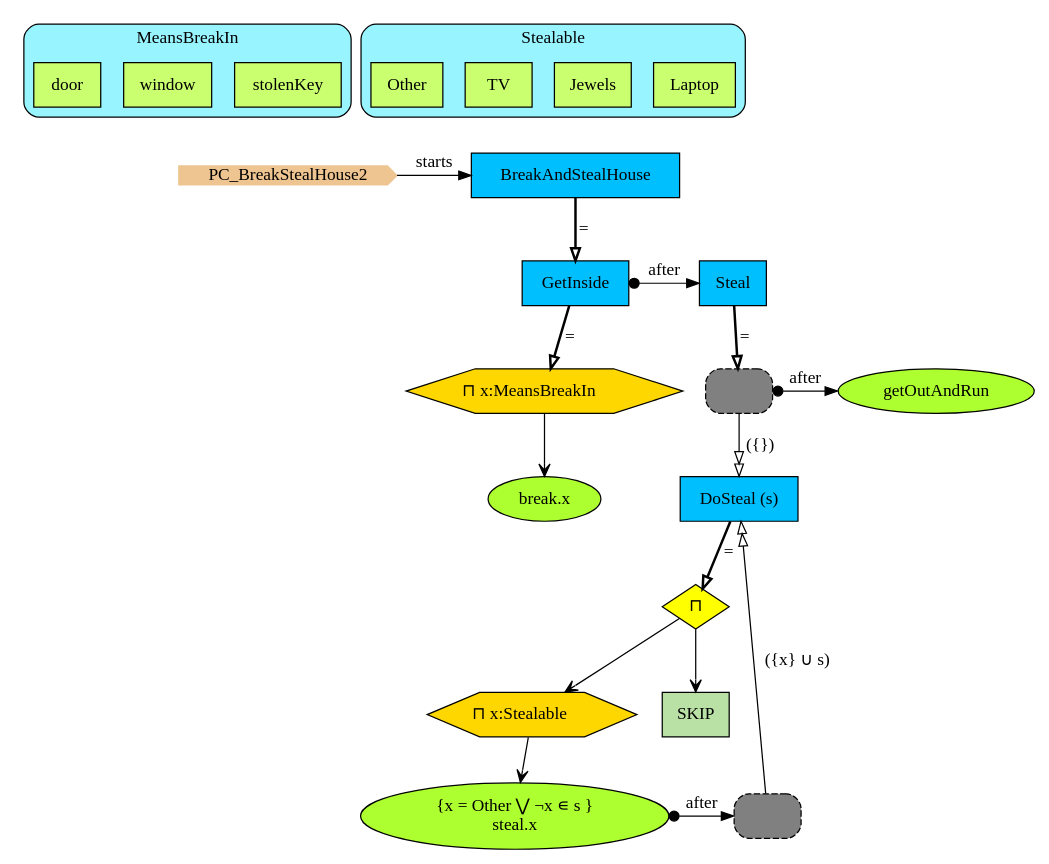
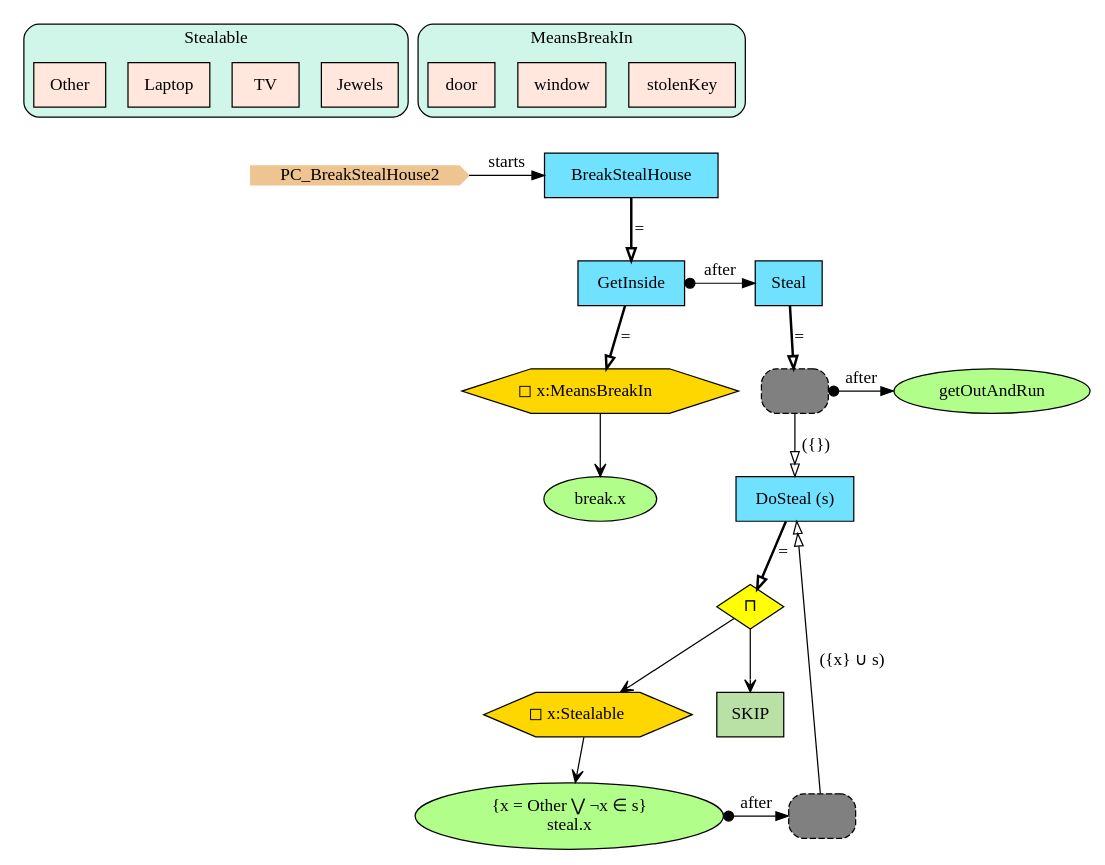
Before and after one commit to namalio/Fragmenta: the diagram in Haskell/PCs/Examples/img/PC_BreakStealHouse2.gv, drawn with Graphviz. The commit also changed 70 other files, not shown here.

```diff
--- a/Haskell/PCs/Examples/img/PC_BreakStealHouse2.gv
+++ b/Haskell/PCs/Examples/img/PC_BreakStealHouse2.gv
@@ -1,59 +1,59 @@
 digraph {
+subgraph cluster_Stealable {
+style="filled,rounded";
+label =Stealable;
+fillcolor = "#D0F5E9";
+Jewels[shape=box,fillcolor="#FFE7DD",style="filled",label="Jewels"];
+TV[shape=box,fillcolor="#FFE7DD",style="filled",label="TV"];
+Laptop[shape=box,fillcolor="#FFE7DD",style="filled",label="Laptop"];
+Other[shape=box,fillcolor="#FFE7DD",style="filled",label="Other"];
+}
+
 subgraph cluster_MeansBreakIn {
 style="filled,rounded";
 label =MeansBreakIn;
-fillcolor = cadetblue1;
-stolenKey[shape=box,fillcolor=darkolivegreen1,style="filled",label="stolenKey"];
-window[shape=box,fillcolor=darkolivegreen1,style="filled",label="window"];
-door[shape=box,fillcolor=darkolivegreen1,style="filled",label="door"];
-}
-
-subgraph cluster_Stealable {
-style="filled,rounded";
-label =Stealable;
-fillcolor = cadetblue1;
-Laptop[shape=box,fillcolor=darkolivegreen1,style="filled",label="Laptop"];
-Jewels[shape=box,fillcolor=darkolivegreen1,style="filled",label="Jewels"];
-TV[shape=box,fillcolor=darkolivegreen1,style="filled",label="TV"];
-Other[shape=box,fillcolor=darkolivegreen1,style="filled",label="Other"];
+fillcolor = "#D0F5E9";
+stolenKey[shape=box,fillcolor="#FFE7DD",style="filled",label="stolenKey"];
+window[shape=box,fillcolor="#FFE7DD",style="filled",label="window"];
+door[shape=box,fillcolor="#FFE7DD",style="filled",label="door"];
 }
 
 
-stolenKey->StartN_[style=invis]
+Jewels->StartN_[style=invis]
 StartN_ [shape = cds,color=burlywood2,style=filled,height=.2,width=.2, label =PC_BreakStealHouse2];
 
-BreakAndStealHouse [shape=box,fillcolor=deepskyblue,style = filled,label="BreakAndStealHouse"];
-QOpGetInside [shape=hexagon,fillcolor=gold1,style=filled,label=<⊓ x:MeansBreakIn>];
-RefDoSteal [shape=rectangle,fillcolor=gray,style="rounded,filled,dashed",label=""];
-DoSteal [shape=box,fillcolor=deepskyblue,style = filled,label="DoSteal (s)"];
-StealO [shape=hexagon,fillcolor=gold1,style=filled,label=<⊓ x:Stealable>];
-SKIP [shape=box,fillcolor="#B9E0A5",style = filled,label="SKIP"];
-getOutAndRun [shape=ellipse,fillcolor=greenyellow,style=filled,label="getOutAndRun"];
-RefDoSteal2 [shape=rectangle,fillcolor=gray,style="rounded,filled,dashed",label=""];
-steal [shape=ellipse,fillcolor=greenyellow,style=filled,label=" {x = Other ⋁ ¬x ∊ s }
+break [shape=ellipse,fillcolor="#B1FF8A",style=filled,label="break.x"];
+GetInside [shape=box,fillcolor="#70E2FF",style = filled,label="GetInside"];
+Q179f9f90 [shape=hexagon,fillcolor=gold1,style=filled,label=<◻︎ x:MeansBreakIn>];
+getOutAndRun [shape=ellipse,fillcolor="#B1FF8A",style=filled,label="getOutAndRun"];
+Op2025402 [shape=diamond,fillcolor=yellow,style=filled,label="⊓"];
+Q7fb2fde3 [shape=hexagon,fillcolor=gold1,style=filled,label=<◻︎ x:Stealable>];
+RefDoSteal1ae75c8e [shape=rectangle,fillcolor=gray,style="rounded,filled,dashed",label=""];
+steal [shape=ellipse,fillcolor="#B1FF8A",style=filled,label=" {x = Other ⋁ ¬x ∈ s}
 steal.x"];
-OpSteal [shape=diamond,fillcolor=yellow,style=filled,label="⊓"];
-Steal [shape=box,fillcolor=deepskyblue,style = filled,label="Steal"];
-break [shape=ellipse,fillcolor=greenyellow,style=filled,label="break.x"];
-GetInside [shape=box,fillcolor=deepskyblue,style = filled,label="GetInside"];
+Skip224ac885 [shape=box,fillcolor="#B9E0A5",style = filled,label="SKIP"];
+DoSteal [shape=box,fillcolor="#70E2FF",style = filled,label="DoSteal (s)"];
+RefDoSteal23f22146 [shape=rectangle,fillcolor=gray,style="rounded,filled,dashed",label=""];
+Steal [shape=box,fillcolor="#70E2FF",style = filled,label="Steal"];
+BreakStealHouse [shape=box,fillcolor="#70E2FF",style = filled,label="BreakStealHouse"];
 
+{rank=same;getOutAndRun,RefDoSteal23f22146}
 {rank=same;Steal,GetInside}
-{rank=same;getOutAndRun,RefDoSteal}
-{rank=same;RefDoSteal2,steal}
-{rank=same;BreakAndStealHouse,StartN_}
+{rank=same;RefDoSteal1ae75c8e,steal}
+{rank=same;BreakStealHouse,StartN_}
 
-RefDoSteal2->DoSteal[arrowhead="normalnormal",fillcolor=white,label=" ({x} ∪ s)"];
-OpSteal->SKIP[arrowhead="open"];
-StealO->steal[arrowhead="open"];
-RefDoSteal->DoSteal[arrowhead="normalnormal",fillcolor=white,label=" ({})"];
-QOpGetInside->break[arrowhead="open"];
+RefDoSteal1ae75c8e->DoSteal[arrowhead="normalnormal",fillcolor=white,label=" ({x} ∪ s)"];
+Q7fb2fde3->steal[arrowhead="open"];
+Op2025402->Skip224ac885[arrowhead="open"];
+RefDoSteal23f22146->getOutAndRun[arrowtail=dot,dir=both,label="after"];
 GetInside->Steal[arrowtail=dot,dir=both,label="after"];
-RefDoSteal->getOutAndRun[arrowtail=dot,dir=both,label="after"];
-OpSteal->StealO[arrowhead="open"];
-steal->RefDoSteal2[arrowtail=dot,dir=both,label="after"];
-BreakAndStealHouse->GetInside[arrowhead="onormal",penwidth=2,label="="];
-DoSteal->OpSteal[arrowhead="onormal",penwidth=2,label="="];
-Steal->RefDoSteal[arrowhead="onormal",penwidth=2,label="="];
-GetInside->QOpGetInside[arrowhead="onormal",penwidth=2,label="="];
-StartN_->BreakAndStealHouse[label="starts"];
+Q179f9f90->break[arrowhead="open"];
+RefDoSteal23f22146->DoSteal[arrowhead="normalnormal",fillcolor=white,label=" ({})"];
+Op2025402->Q7fb2fde3[arrowhead="open"];
+steal->RefDoSteal1ae75c8e[arrowtail=dot,dir=both,label="after"];
+GetInside->Q179f9f90[arrowhead="onormal",penwidth=2,label="="];
+DoSteal->Op2025402[arrowhead="onormal",penwidth=2,label="="];
+Steal->RefDoSteal23f22146[arrowhead="onormal",penwidth=2,label="="];
+BreakStealHouse->GetInside[arrowhead="onormal",penwidth=2,label="="];
+StartN_->BreakStealHouse[label="starts"];
 }
```
